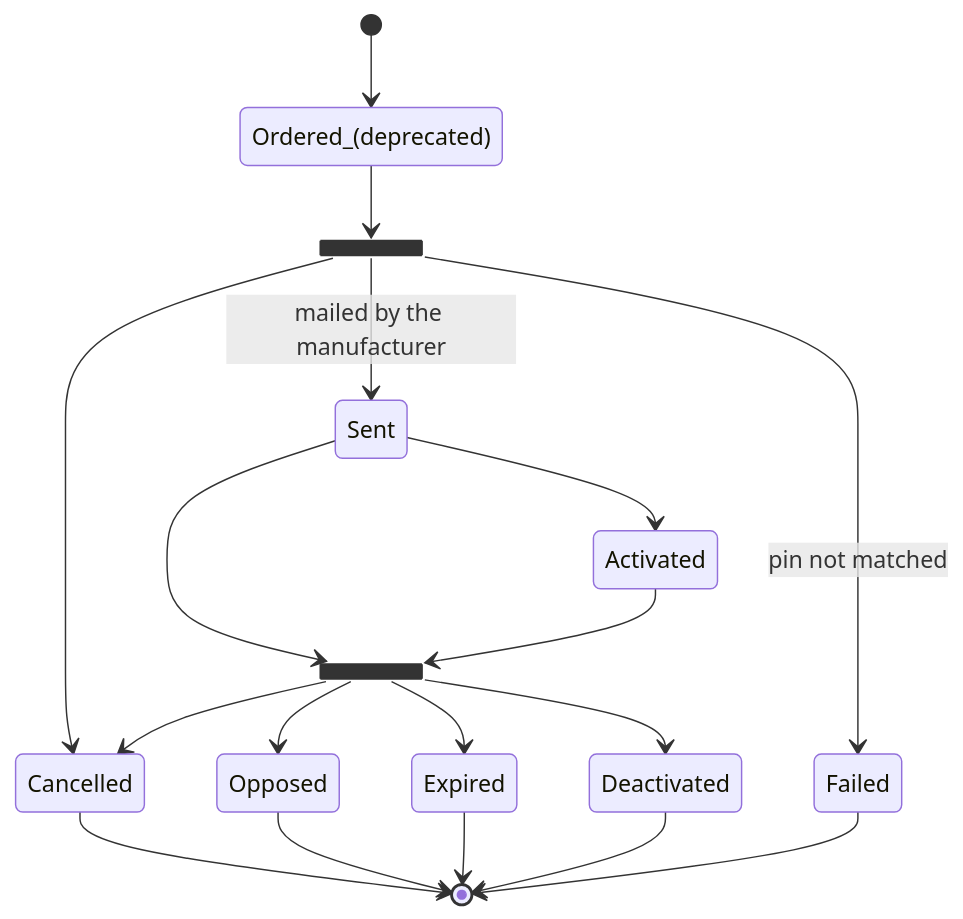
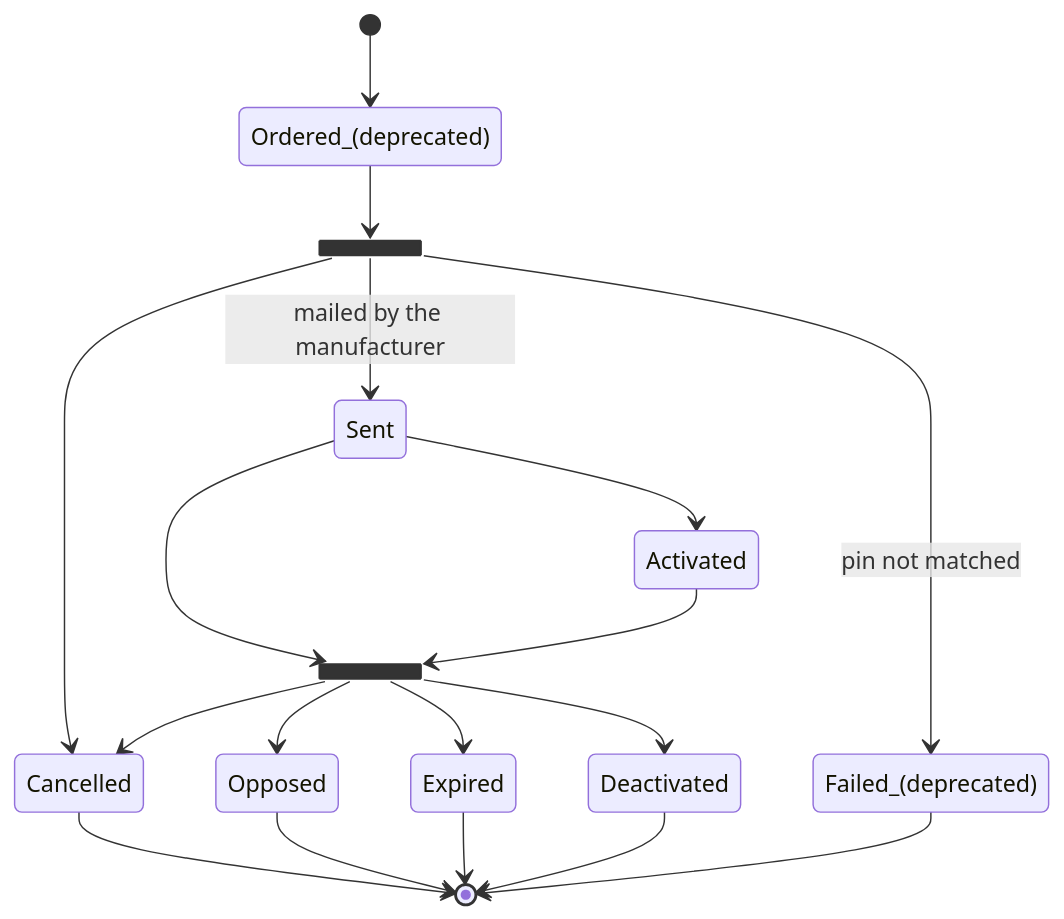
Before and after one commit to pomme-clic/s-money-documentation: the second of 6 diagrams in docs/usecases/cards/issuing/PhysicalCardIssuing.md, drawn with Mermaid.

````diff
--- a/docs/usecases/cards/issuing/PhysicalCardIssuing.md
+++ b/docs/usecases/cards/issuing/PhysicalCardIssuing.md
@@ -41,28 +41,28 @@
 ```mermaid
 stateDiagram
 state fork_state <<fork>>
 state fork_state2 <<fork>>
 
   [*] --> Ordered_(deprecated)
   Ordered_(deprecated) --> fork_state
   fork_state --> Cancelled
   fork_state --> Sent: mailed by the manufacturer
 
   
   Sent --> fork_state2
   Sent --> Activated
 
   Activated --> fork_state2
   fork_state2 --> Cancelled
   fork_state2 --> Opposed
   fork_state2 --> Expired
   fork_state2 --> Deactivated
 
-  fork_state --> Failed : pin not matched
+  fork_state --> Failed_(deprecated) : pin not matched
 
   Expired --> [*]
 	Cancelled --> [*]
 	Opposed --> [*]
-	Failed --> [*]
+	Failed_(deprecated) --> [*]
 	Deactivated --> [*]
 ```
````
